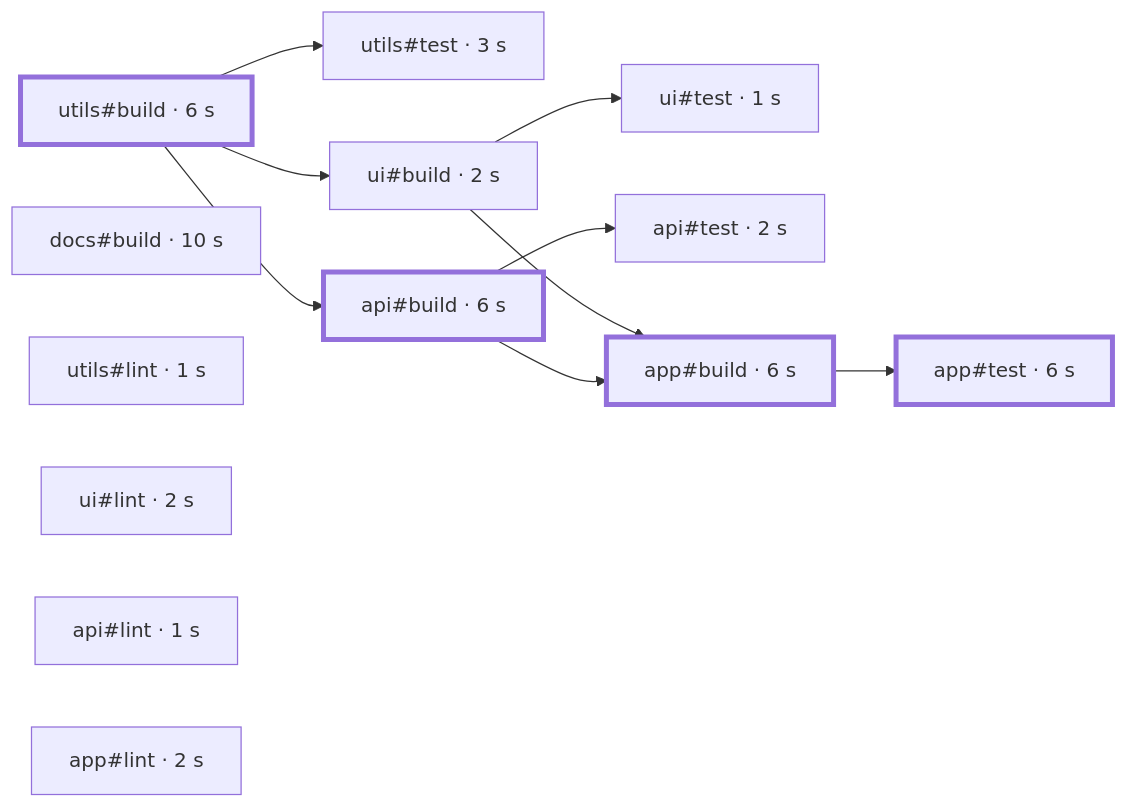
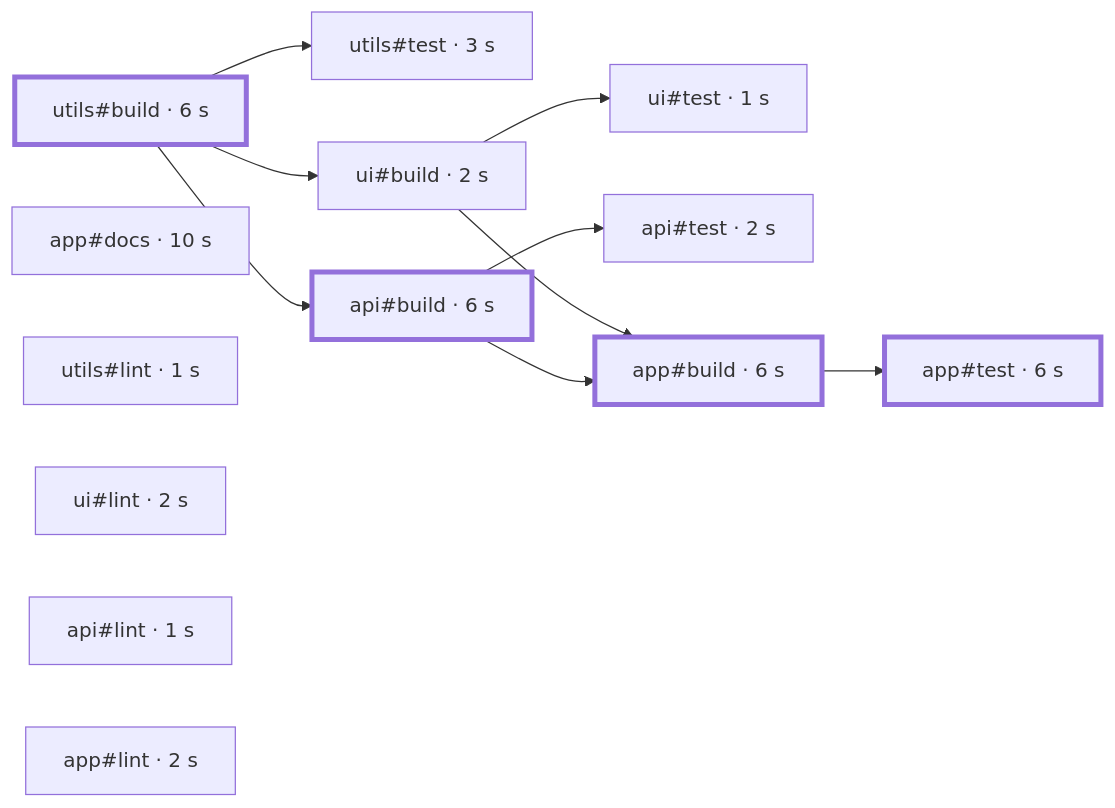
The diagram in packages/vx-docs/src/content/docs/learn/scheduling.mdx (vznjs/vx), drawn with Mermaid before and after one commit. The commit also changed other lines of this file and 26 other files, not shown here.

````diff
--- a/packages/vx-docs/src/content/docs/learn/scheduling.mdx
+++ b/packages/vx-docs/src/content/docs/learn/scheduling.mdx
@@ -52,18 +52,18 @@
 ```mermaid
 graph LR
   ub["utils#build · 6 s"] --> ut["utils#test · 3 s"]
   ub --> uib["ui#build · 2 s"]
   uib --> uit["ui#test · 1 s"]
   ub --> ab["api#build · 6 s"]
   ab --> at["api#test · 2 s"]
   uib --> apb["app#build · 6 s"]
   ab --> apb
   apb --> apt["app#test · 6 s"]
-  docs["docs#build · 10 s"]
+  docs["app#docs · 10 s"]
   ul["utils#lint · 1 s"]
   il["ui#lint · 2 s"]
   al["api#lint · 1 s"]
   pl["app#lint · 2 s"]
   classDef critical stroke-width:4px
   class ub,ab,apb,apt critical
 ```
````
